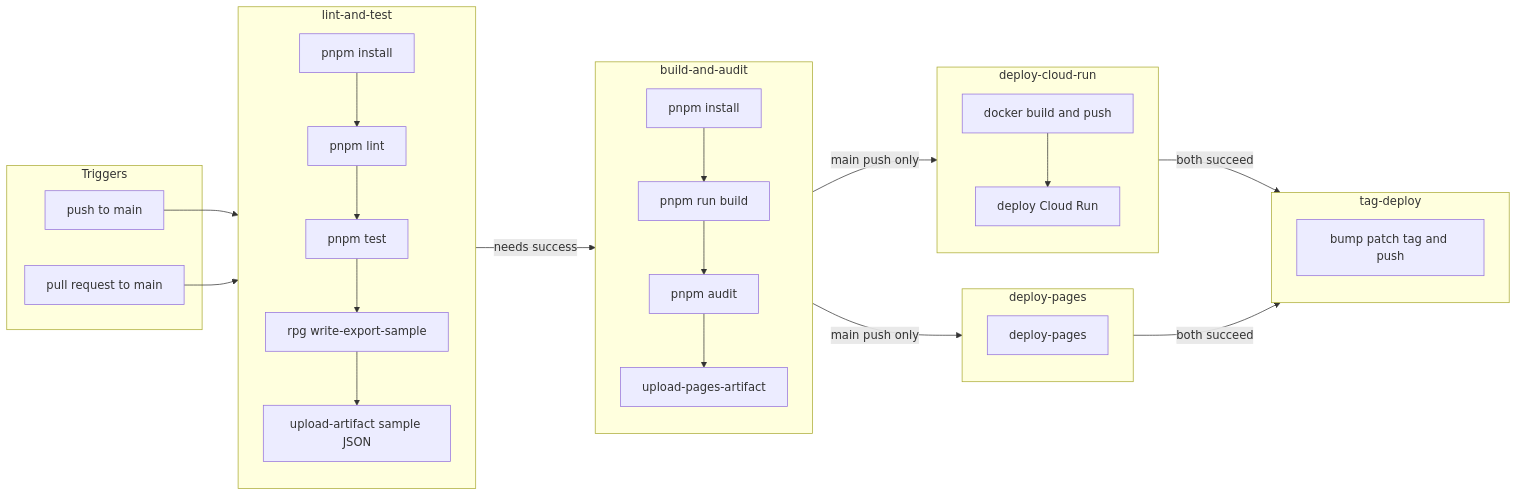
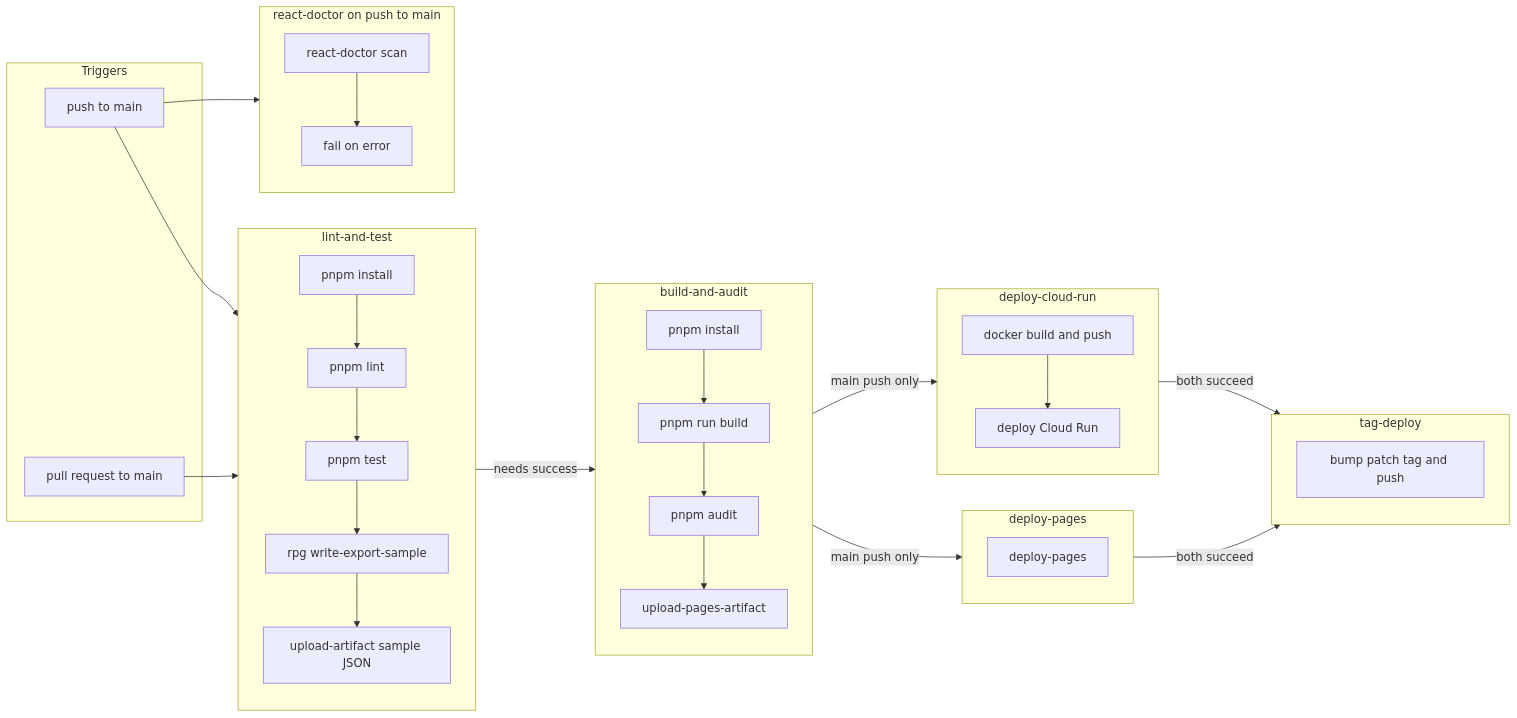
One commit to VRossi18/rick-and-morty-portal changed the diagram in README.md. Above: the diagram before and after it, drawn with Mermaid. The commit also changed other lines of this file, not shown here.

````diff
--- a/README.md
+++ b/README.md
@@ -45,40 +77,46 @@
 ```mermaid
 flowchart LR
    subgraph trigger [Triggers]
       push[push to main]
       pr[pull request to main]
    end
+   subgraph reactDoctor [react-doctor on push to main]
+      scan[react-doctor scan]
+      gate[fail on error]
+      scan --> gate
+   end
+   push --> reactDoctor
    subgraph job1 [lint-and-test]
       install1[pnpm install]
       lint[pnpm lint]
       test[pnpm test]
       rpgSample[rpg write-export-sample]
       artifact[upload-artifact sample JSON]
       install1 --> lint --> test --> rpgSample --> artifact
    end
    subgraph job2 [build-and-audit]
       install2[pnpm install]
       build[pnpm run build]
       audit[pnpm audit]
       upload[upload-pages-artifact]
       install2 --> build --> audit --> upload
    end
    subgraph job3 [deploy-cloud-run]
       docker[docker build and push]
       cloudRun[deploy Cloud Run]
       docker --> cloudRun
    end
    subgraph job4 [deploy-pages]
       deploy[deploy-pages]
    end
    subgraph job5 [tag-deploy]
       tagBump[bump patch tag and push]
    end
    push --> job1
    pr --> job1
    job1 -->|needs success| job2
    job2 -->|main push only| job3
    job2 -->|main push only| job4
    job3 -->|both succeed| job5
    job4 -->|both succeed| job5
 ```
````
